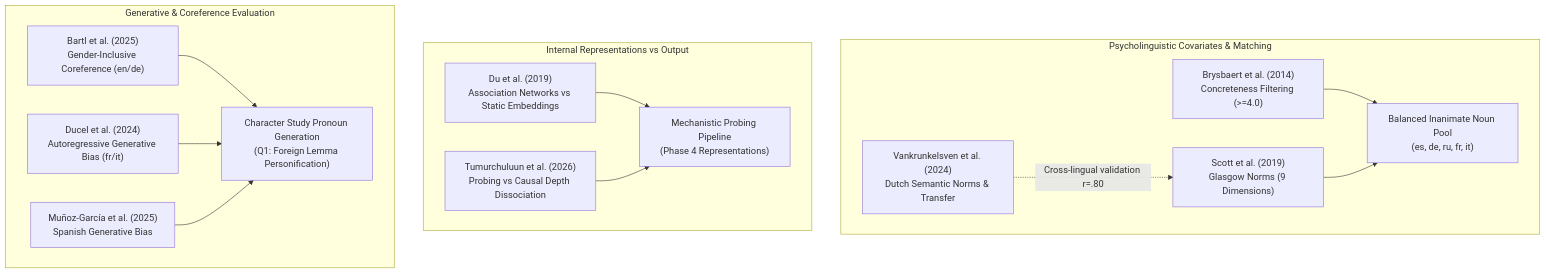
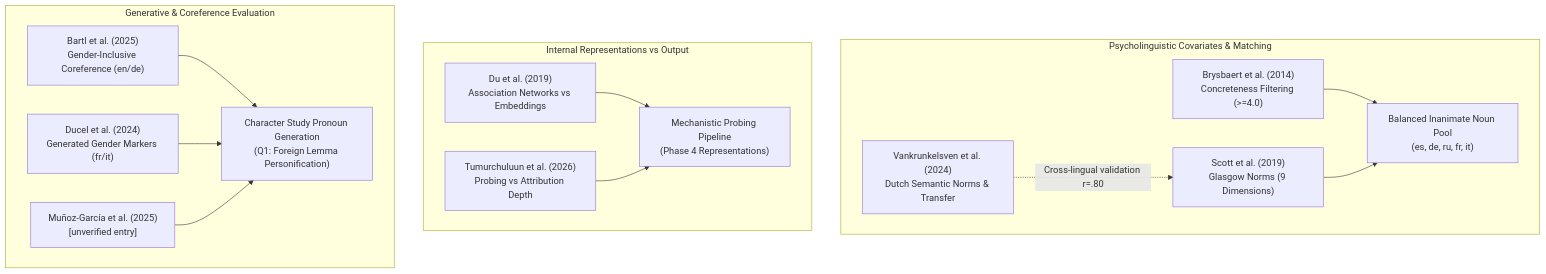
The diagram in sources/05_Lexical_Norms_and_Evaluation/README.md (cyrusae/gender), drawn with Mermaid before and after one commit. The commit also changed other lines of this file and 7 other files, not shown here.

````diff
--- a/sources/05_Lexical_Norms_and_Evaluation/README.md
+++ b/sources/05_Lexical_Norms_and_Evaluation/README.md
@@ -22,27 +22,27 @@
 ```mermaid
 flowchart TD
     subgraph Covariates ["Psycholinguistic Covariates & Matching"]
         Brysbaert["Brysbaert et al. (2014)<br>Concreteness Filtering (>=4.0)"]
         Scott["Scott et al. (2019)<br>Glasgow Norms (9 Dimensions)"]
         Vankrunkelsven["Vankrunkelsven et al. (2024)<br>Dutch Semantic Norms & Transfer"]
         Brysbaert --> Stimuli["Balanced Inanimate Noun Pool<br>(es, de, ru, fr, it)"]
         Scott --> Stimuli
         Vankrunkelsven -.->|Cross-lingual validation r=.80| Scott
     end
 
     subgraph Probing ["Internal Representations vs Output"]
-        Du["Du et al. (2019)<br>Association Networks vs Static Embeddings"]
-        Tumurchuluun["Tumurchuluun et al. (2026)<br>Probing vs Causal Depth Dissociation"]
+        Du["Du et al. (2019)<br>Association Networks vs Embeddings"]
+        Tumurchuluun["Tumurchuluun et al. (2026)<br>Probing vs Attribution Depth"]
         Du --> LayerAnalysis["Mechanistic Probing Pipeline<br>(Phase 4 Representations)"]
         Tumurchuluun --> LayerAnalysis
     end
 
     subgraph Behavioral ["Generative & Coreference Evaluation"]
         Bartl["Bartl et al. (2025)<br>Gender-Inclusive Coreference (en/de)"]
-        Ducel["Ducel et al. (2024)<br>Autoregressive Generative Bias (fr/it)"]
-        Munoz["Muñoz-García et al. (2025)<br>Spanish Generative Bias"]
+        Ducel["Ducel et al. (2024)<br>Generated Gender Markers (fr/it)"]
+        Munoz["Muñoz-García et al. (2025)<br>[unverified entry]"]
         Bartl --> BehavioralEval["Character Study Pronoun Generation<br>(Q1: Foreign Lemma Personification)"]
         Ducel --> BehavioralEval
         Munoz --> BehavioralEval
     end
 ```
````
